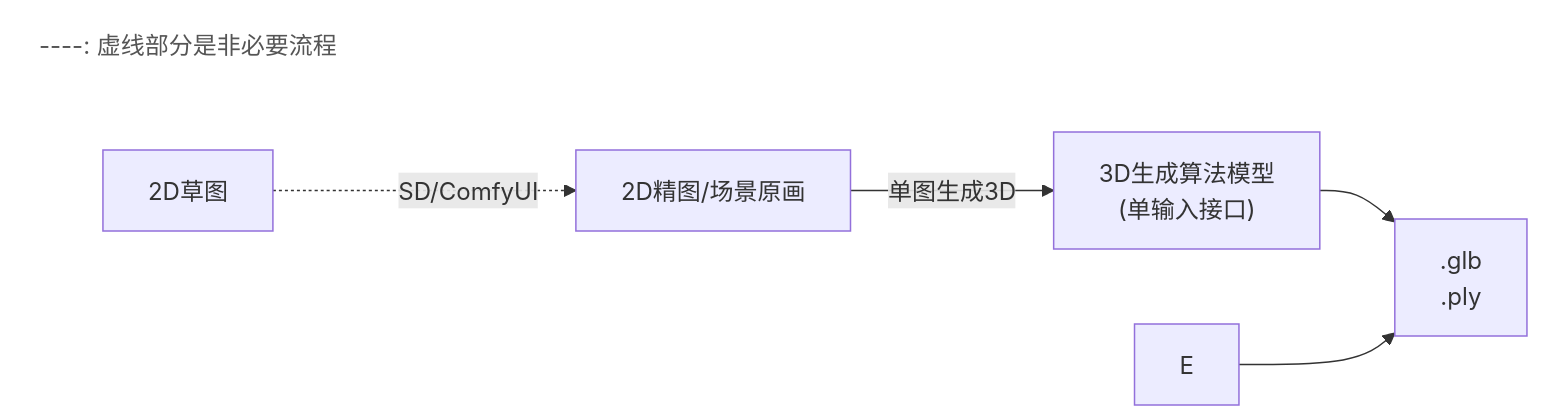
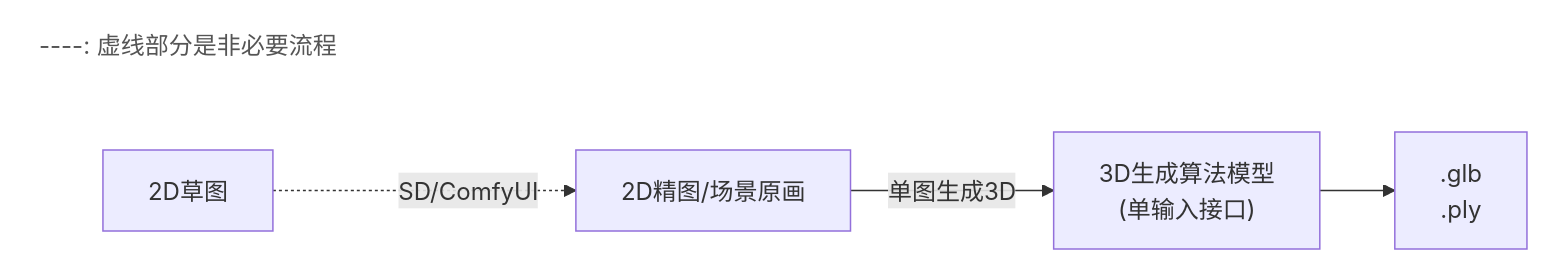
One commit to zade23/iodraw-files changed the diagram in all/未命名-7.md. Above: the diagram before and after it, drawn with Mermaid.

Commit message:
2025-07-17 20:17:14 update

````diff
--- a/all/未命名-7.md
+++ b/all/未命名-7.md
@@ -1,16 +1,14 @@
 ```mermaid
 graph LR
     subgraph Legend ["----: 虚线部分是非必要流程"]
         direction LR
     end
 
     A[2D草图] -.->|SD/ComfyUI| B[2D精图/场景原画]
     
     B -->|单图生成3D| D["3D生成算法模型<br/>(单输入接口)"]
     D --> F[".glb<br/>.ply"]
 
 
-    E --> F
-
     style Legend fill:#fff,stroke:#fff,stroke-width:0px,color:#555
 ```
````
